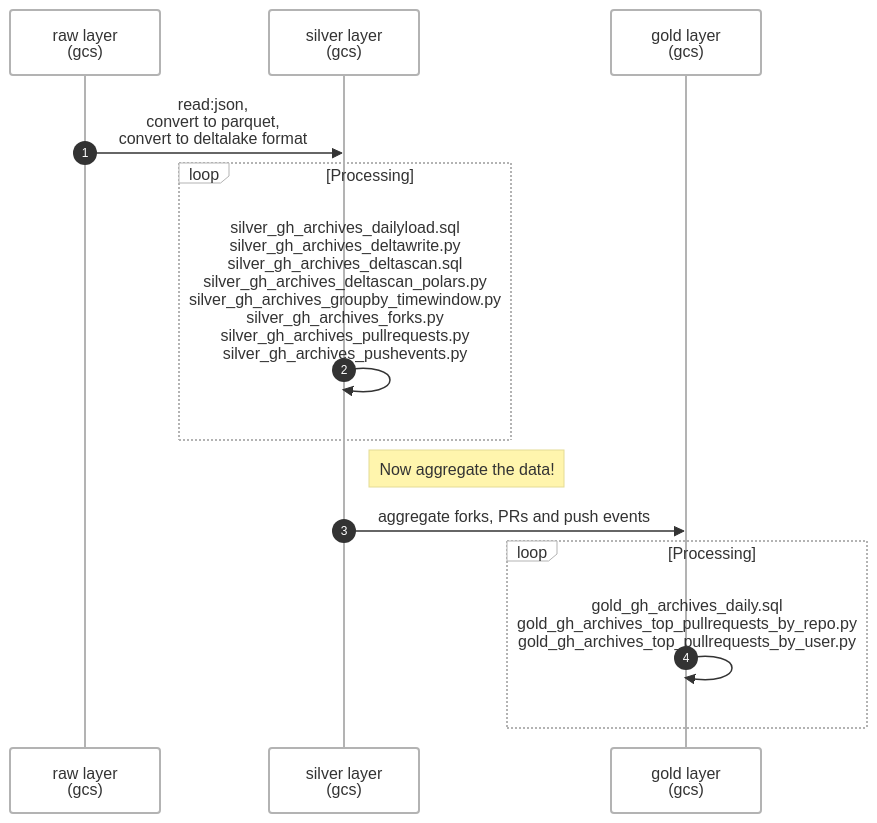
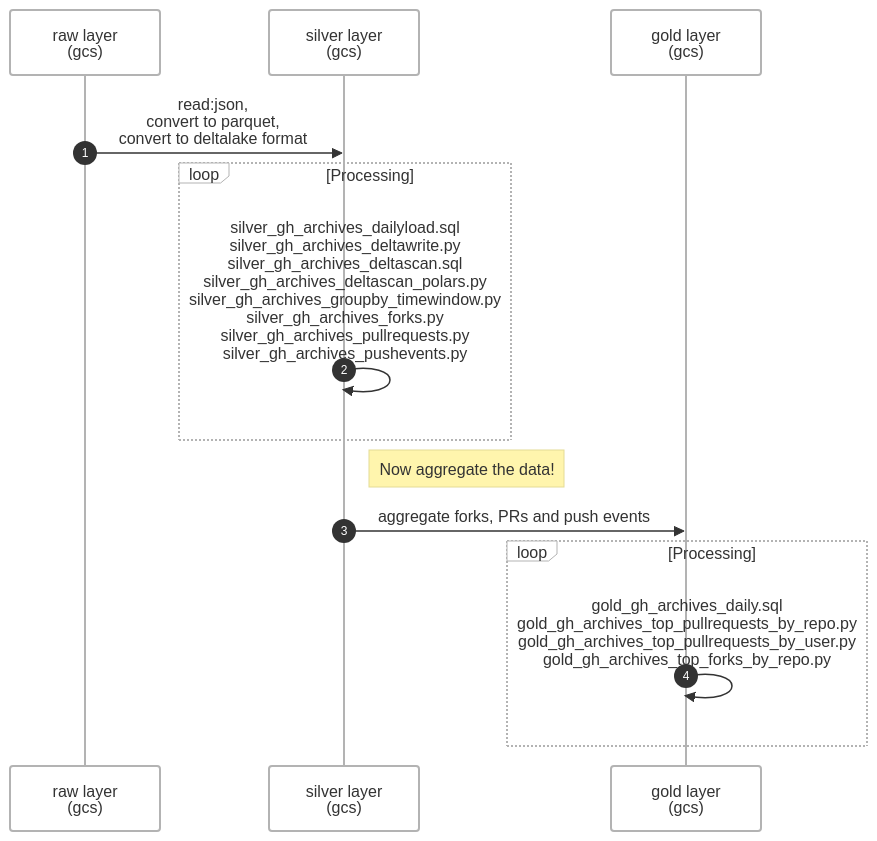
One commit to srikanthkote/trade_dbt_project changed the second of 2 diagrams in README.md. Above: the diagram before and after it, drawn with Mermaid. The commit also changed 1 other file, not shown here.

Commit message:
new aggregation for calculating top forks by repo

````diff
--- a/README.md
+++ b/README.md
@@ -26,21 +26,21 @@
 ```mermaid
 ---
 config:
   theme: neo
 ---
 sequenceDiagram
   participant Alice as raw layer<br>(gcs)
   participant John as silver layer<br>(gcs)
   participant Bob as gold layer<br>(gcs)
 
   autonumber
   Alice ->> John: read:json, <br>convert to parquet, <br> convert to deltalake format 
   loop Processing
     John ->> John: silver_gh_archives_dailyload.sql <br> silver_gh_archives_deltawrite.py <br> silver_gh_archives_deltascan.sql <br> silver_gh_archives_deltascan_polars.py <br> silver_gh_archives_groupby_timewindow.py <br> silver_gh_archives_forks.py <br> silver_gh_archives_pullrequests.py <br> silver_gh_archives_pushevents.py
   end
   Note right of John: Now aggregate the data!
   John ->> Bob: aggregate forks, PRs and push events
   loop Processing
-    Bob ->> Bob: gold_gh_archives_daily.sql <br> gold_gh_archives_top_pullrequests_by_repo.py <br> gold_gh_archives_top_pullrequests_by_user.py
+    Bob ->> Bob: gold_gh_archives_daily.sql <br> gold_gh_archives_top_pullrequests_by_repo.py <br> gold_gh_archives_top_pullrequests_by_user.py <br> gold_gh_archives_top_forks_by_repo.py
   end  
 ```
````
